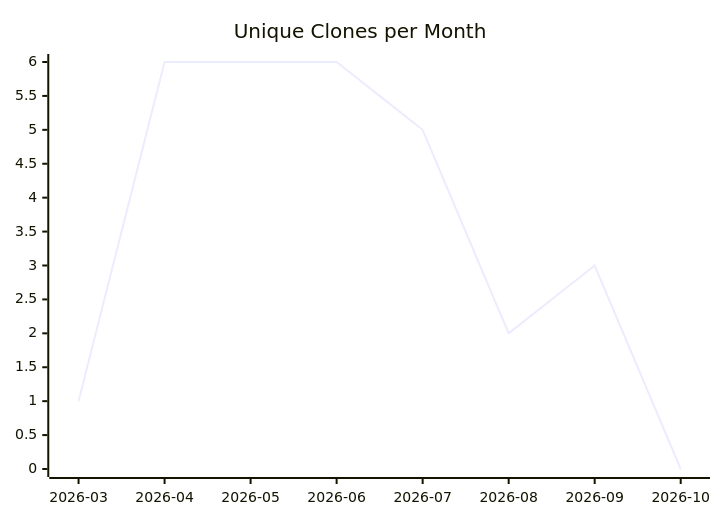
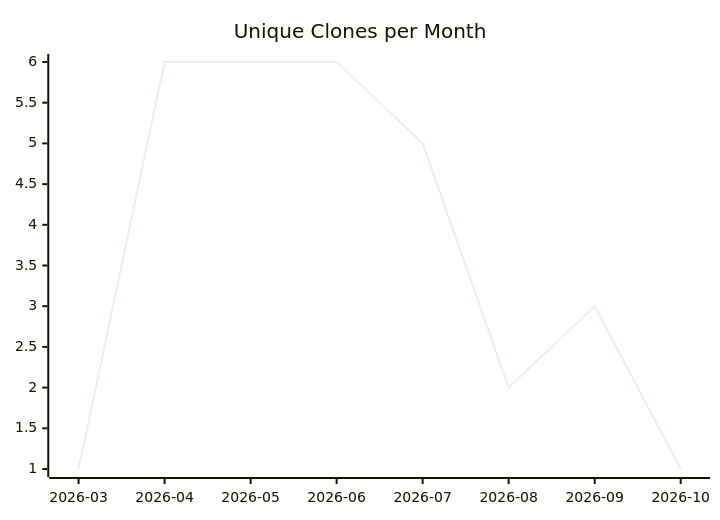
The third of 3 diagrams in karlmdavis/hapi-fhir-jpaserver-starter/README.md (justdavis-family/github-analytics-data), drawn with Mermaid before and after one commit. The commit also changed other lines of this file and 203 other files, not shown here.

````diff
--- a/karlmdavis/hapi-fhir-jpaserver-starter/README.md
+++ b/karlmdavis/hapi-fhir-jpaserver-starter/README.md
@@ -19,6 +19,6 @@
 ```mermaid
 xychart-beta
   title "Unique Clones per Month"
   x-axis ["2026-03", "2026-04", "2026-05", "2026-06", "2026-07", "2026-08", "2026-09", "2026-10"]
-  line [1, 6, 6, 6, 5, 2, 3, 0]
+  line [1, 6, 6, 6, 5, 2, 3, 1]
 ```
````
